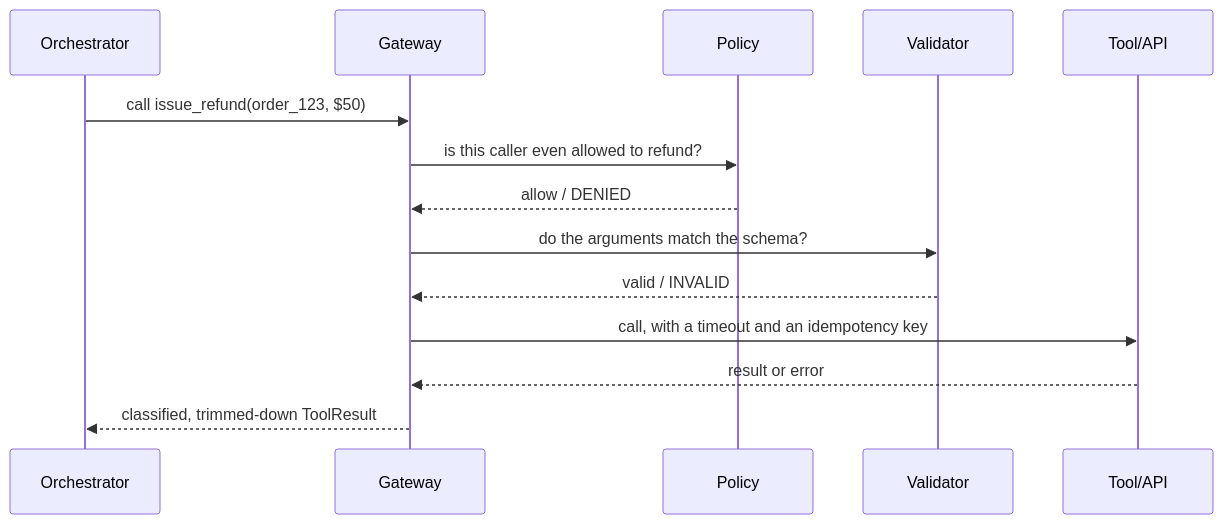
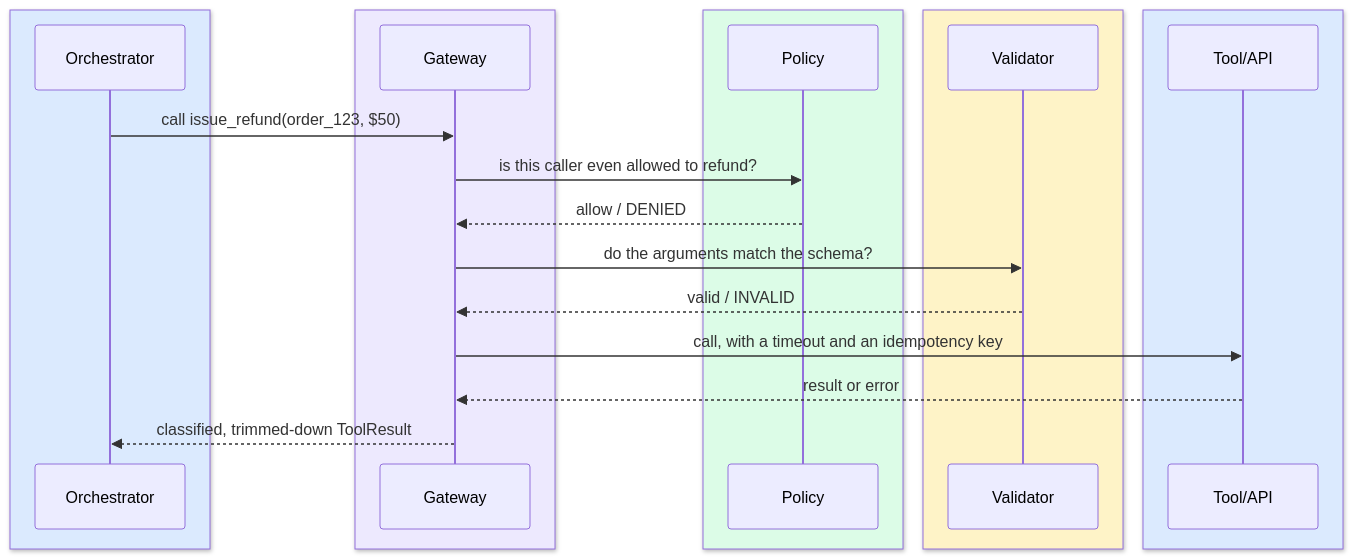
Before and after one commit to Sourav692/Forward-Deployed-Engineer-Interview-Prep: the sixth of 6 diagrams in site/content/modules/15-fde-case-studies/agents-that-act/sre-incident-response-agent/full-pack-part-2.md, drawn with Mermaid. The commit also changed other lines of this file and 1268 other files, not shown here.

Commit message:
content: polish casebook prose and colour Mermaid diagrams

````diff
--- a/site/content/modules/15-fde-case-studies/agents-that-act/sre-incident-response-agent/full-pack-part-2.md
+++ b/site/content/modules/15-fde-case-studies/agents-that-act/sre-incident-response-agent/full-pack-part-2.md
@@ -150,16 +222,26 @@
 ```mermaid
 sequenceDiagram
-    participant O as Orchestrator
-    participant G as Gateway
-    participant P as Policy
-    participant V as Validator
-    participant T as Tool/API
+    box rgb(219,234,254)
+        participant O as Orchestrator
+    end
+    box rgb(237,233,254)
+        participant G as Gateway
+    end
+    box rgb(220,252,231)
+        participant P as Policy
+    end
+    box rgb(254,243,199)
+        participant V as Validator
+    end
+    box rgb(219,234,254)
+        participant T as Tool/API
+    end
     O->>G: call issue_refund(order_123, $50)
     G->>P: is this caller even allowed to refund?
     P-->>G: allow / DENIED
     G->>V: do the arguments match the schema?
     V-->>G: valid / INVALID
     G->>T: call, with a timeout and an idempotency key
     T-->>G: result or error
     G-->>O: classified, trimmed-down ToolResult
 ```
````
